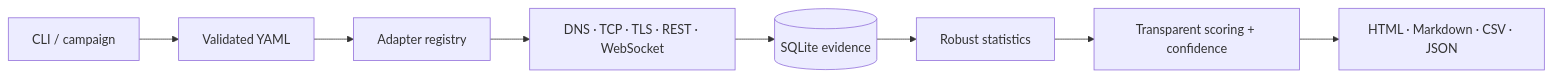
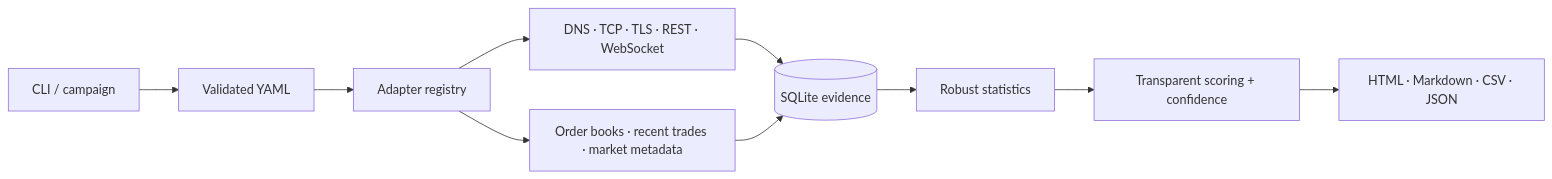
One commit to Volynskiy-Business/cexlens changed the diagram in docs/ARCHITECTURE.md. Above: the diagram before and after it, drawn with Mermaid. The commit also changed 25 other files, not shown here.

````diff
--- a/docs/ARCHITECTURE.md
+++ b/docs/ARCHITECTURE.md
@@ -11,10 +11,12 @@
 ```mermaid
 flowchart LR
   CLI["CLI / campaign"] --> CFG["Validated YAML"]
   CFG --> REG["Adapter registry"]
   REG --> PROBES["DNS · TCP · TLS · REST · WebSocket"]
+  REG --> MARKET["Order books · recent trades · market metadata"]
   PROBES --> DB[("SQLite evidence")]
+  MARKET --> DB
   DB --> METRICS["Robust statistics"]
   METRICS --> SCORE["Transparent scoring + confidence"]
   SCORE --> REPORTS["HTML · Markdown · CSV · JSON"]
 ```
````
